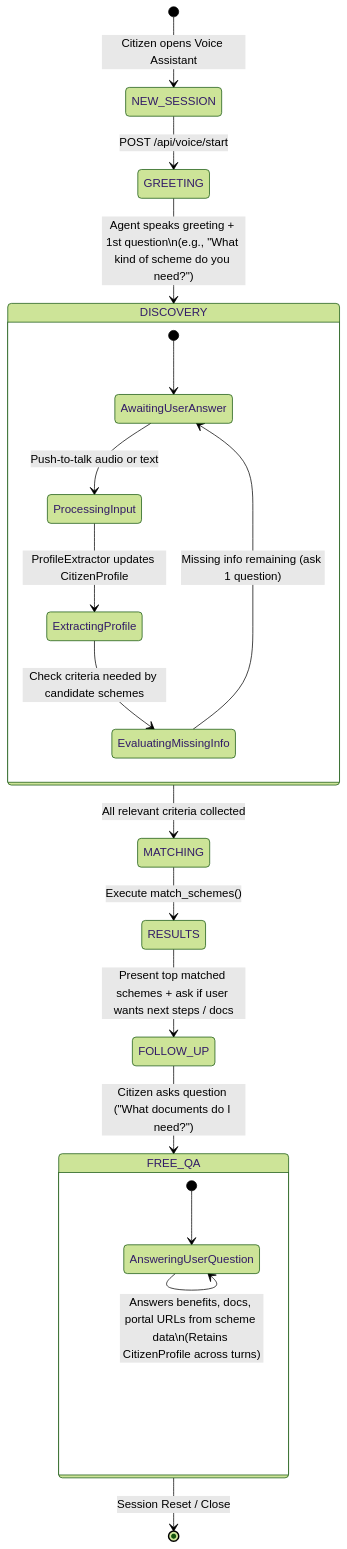
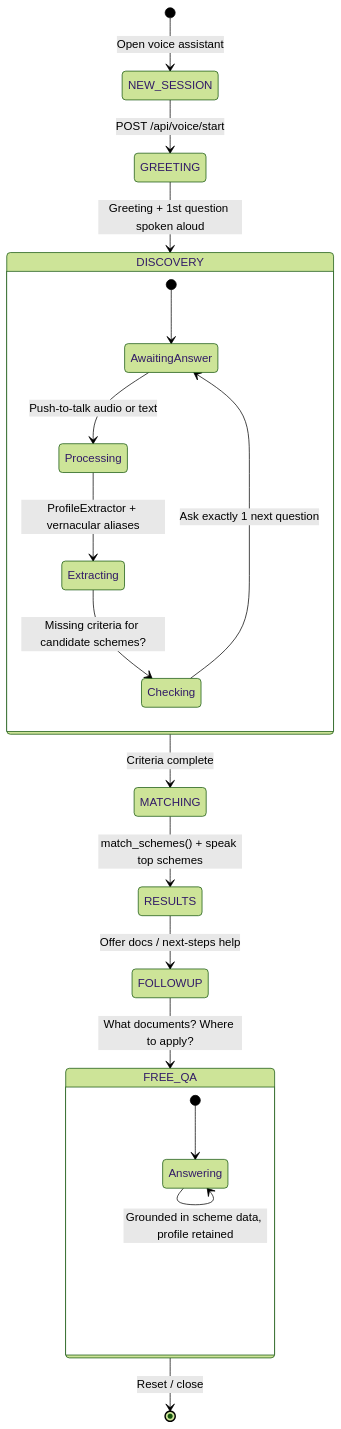
One commit to OmkarP1919/YojnaSathi changed the second of 2 diagrams in README.md. Above: the diagram before and after it, drawn with Mermaid (forest theme). The commit also changed other lines of this file, not shown here.

````diff
--- a/README.md
+++ b/README.md
@@ -141,26 +410,22 @@
 ```mermaid
 stateDiagram-v2
-    [*] --> NEW_SESSION: Citizen opens Voice Assistant
+    [*] --> NEW_SESSION: Open voice assistant
     NEW_SESSION --> GREETING: POST /api/voice/start
-    GREETING --> DISCOVERY: Agent speaks greeting + 1st question\n(e.g., "What kind of scheme do you need?")
-
+    GREETING --> DISCOVERY: Greeting + 1st question spoken aloud
     state DISCOVERY {
-        [*] --> AwaitingUserAnswer
-        AwaitingUserAnswer --> ProcessingInput: Push-to-talk audio or text
-        ProcessingInput --> ExtractingProfile: ProfileExtractor updates CitizenProfile
-        ExtractingProfile --> EvaluatingMissingInfo: Check criteria needed by candidate schemes
-        EvaluatingMissingInfo --> AwaitingUserAnswer: Missing info remaining (ask 1 question)
+        [*] --> AwaitingAnswer
+        AwaitingAnswer --> Processing: Push-to-talk audio or text
+        Processing --> Extracting: ProfileExtractor + vernacular aliases
+        Extracting --> Checking: Missing criteria for candidate schemes?
+        Checking --> AwaitingAnswer: Ask exactly 1 next question
     }
-
-    DISCOVERY --> MATCHING: All relevant criteria collected
-    MATCHING --> RESULTS: Execute match_schemes()
-    RESULTS --> FOLLOW_UP: Present top matched schemes + ask if user wants next steps / docs
-    FOLLOW_UP --> FREE_QA: Citizen asks question ("What documents do I need?")
-
+    DISCOVERY --> MATCHING: Criteria complete
+    MATCHING --> RESULTS: match_schemes() + speak top schemes
+    RESULTS --> FOLLOWUP: Offer docs / next-steps help
+    FOLLOWUP --> FREE_QA: What documents? Where to apply?
     state FREE_QA {
-        [*] --> AnsweringUserQuestion
-        AnsweringUserQuestion --> AnsweringUserQuestion: Answers benefits, docs, portal URLs from scheme data\n(Retains CitizenProfile across turns)
+        [*] --> Answering
+        Answering --> Answering: Grounded in scheme data, profile retained
     }
-
-    FREE_QA --> [*]: Session Reset / Close
+    FREE_QA --> [*]: Reset / close
 ```
````
